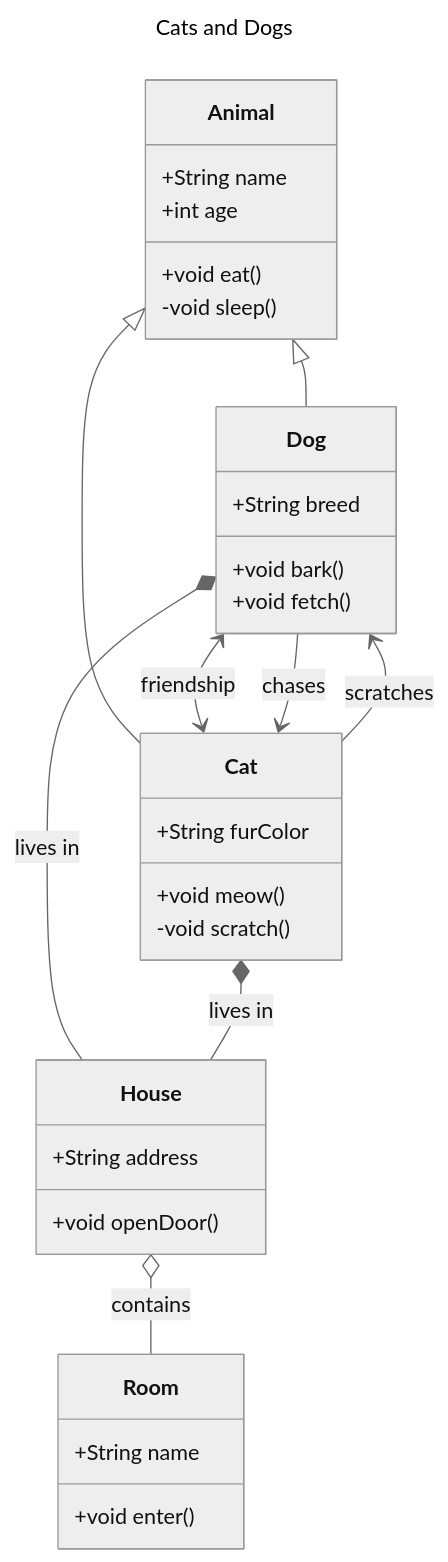
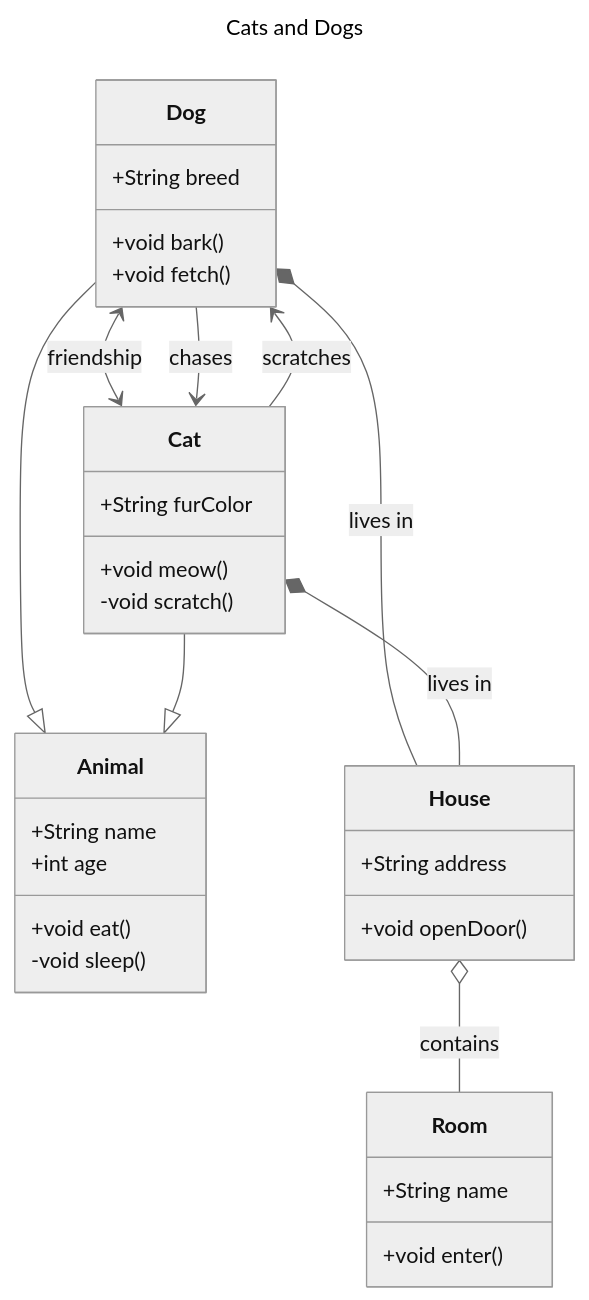
Before and after one commit to petervdpas/mermaid-bridge: the first of 2 diagrams in README.md, drawn with Mermaid (neutral theme). The commit also changed other lines of this file and 5 other files, not shown here.

````diff
--- a/README.md
+++ b/README.md
@@ -99,39 +99,39 @@
 ```mermaid
 ---
 title: Cats and Dogs
 author: Peter van de Pas
 ---
 classDiagram
    class Animal {
       +String name
       +int age
       +void eat()
       -void sleep()
    }
    class Dog {
       +String breed
       +void bark()
       +void fetch()
    }
    class Cat {
       +String furColor
       +void meow()
       -void scratch()
    }
    class House {
       +String address
       +void openDoor()
    }
    class Room {
       +String name
       +void enter()
    }
-   Animal <|-- Dog
-   Animal <|-- Cat
+   Dog --|> Animal
+   Cat --|> Animal
    Dog <--> Cat : friendship
    Dog --> Cat : chases
    Cat --> Dog : scratches
    Dog *-- House : lives in
    Cat *-- House : lives in
    House o-- Room : contains
 ```
````
